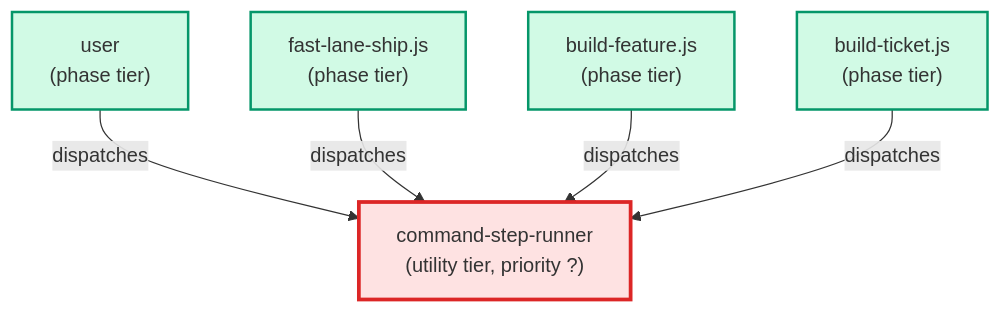
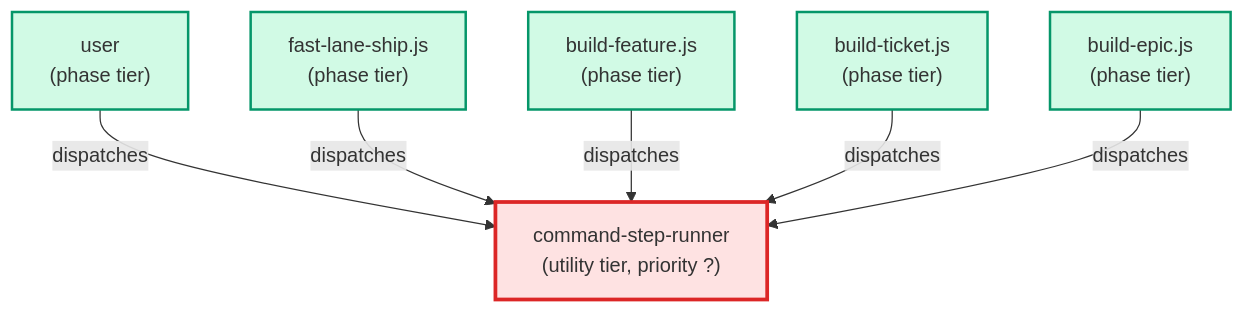
Before and after one commit to urlmonitor/leafcutter-ai: the diagram in docs/agents/cards/command-step-runner.card.md, drawn with Mermaid. The commit also changed other lines of this file and 39 other files, not shown here.

First line of the commit message:
feat(build-orchestration): /build-epic runs the wrong-version gate with a pre-commit backstop (TQ-500g-1-vii, TQ-500g-1-viii, TQ-500f-3-iv)

````diff
--- a/docs/agents/cards/command-step-runner.card.md
+++ b/docs/agents/cards/command-step-runner.card.md
@@ -60,18 +61,20 @@
 ```mermaid
 flowchart TD
     classDef supervisor fill:#dbeafe,stroke:#2563eb,stroke-width:2px
     classDef phase fill:#d1fae5,stroke:#059669,stroke-width:2px
     classDef utility fill:#f3f4f6,stroke:#4b5563,stroke-width:2px
     classDef target fill:#fee2e2,stroke:#dc2626,stroke-width:3px
 
     user["user\n(phase tier)"]:::phase
     fast_lane_ship.js["fast-lane-ship.js\n(phase tier)"]:::phase
     build_feature.js["build-feature.js\n(phase tier)"]:::phase
     build_ticket.js["build-ticket.js\n(phase tier)"]:::phase
+    build_epic.js["build-epic.js\n(phase tier)"]:::phase
     command_step_runner["command-step-runner\n(utility tier, priority ?)"]:::target
 
     user -->|dispatches| command_step_runner
     fast_lane_ship.js -->|dispatches| command_step_runner
     build_feature.js -->|dispatches| command_step_runner
     build_ticket.js -->|dispatches| command_step_runner
+    build_epic.js -->|dispatches| command_step_runner
 ```
````
